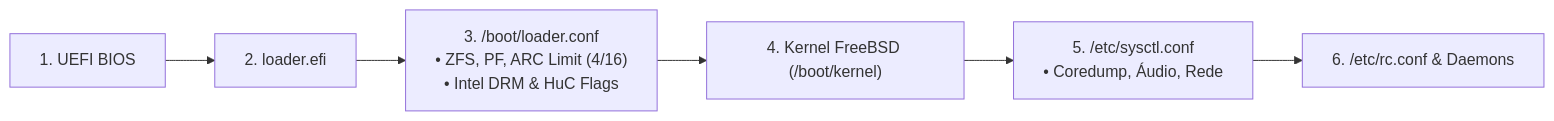
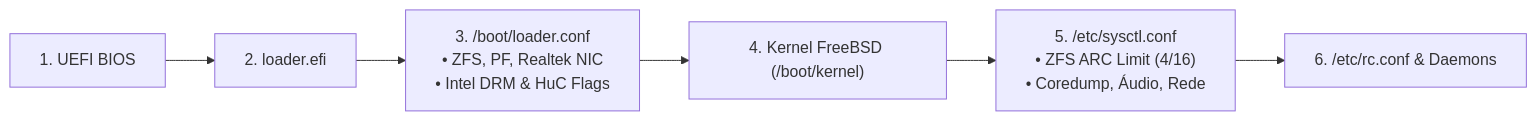
One commit to GabrielFrigo4/environment changed the diagram in docs/freebsd/01-kernel-boot-e-loader.md. Above: the diagram before and after it, drawn with Mermaid. The commit also changed other lines of this file and 29 other files, not shown here.

````diff
--- a/docs/freebsd/01-kernel-boot-e-loader.md
+++ b/docs/freebsd/01-kernel-boot-e-loader.md
@@ -14,8 +14,8 @@
 ```mermaid
 flowchart LR
     UEFI["1. UEFI BIOS"] --> LOADER["2. loader.efi"]
-    LOADER --> CONF["3. /boot/loader.conf<br/>• ZFS, PF, ARC Limit (4/16)<br/>• Intel DRM & HuC Flags"]
+    LOADER --> CONF["3. /boot/loader.conf<br/>• ZFS, PF, Realtek NIC<br/>• Intel DRM & HuC Flags"]
     CONF --> KERN["4. Kernel FreeBSD (/boot/kernel)"]
-    KERN --> SYSCTL["5. /etc/sysctl.conf<br/>• Coredump, Áudio, Rede"]
+    KERN --> SYSCTL["5. /etc/sysctl.conf<br/>• ZFS ARC Limit (4/16)<br/>• Coredump, Áudio, Rede"]
     SYSCTL --> RC["6. /etc/rc.conf & Daemons"]
 ```
````
